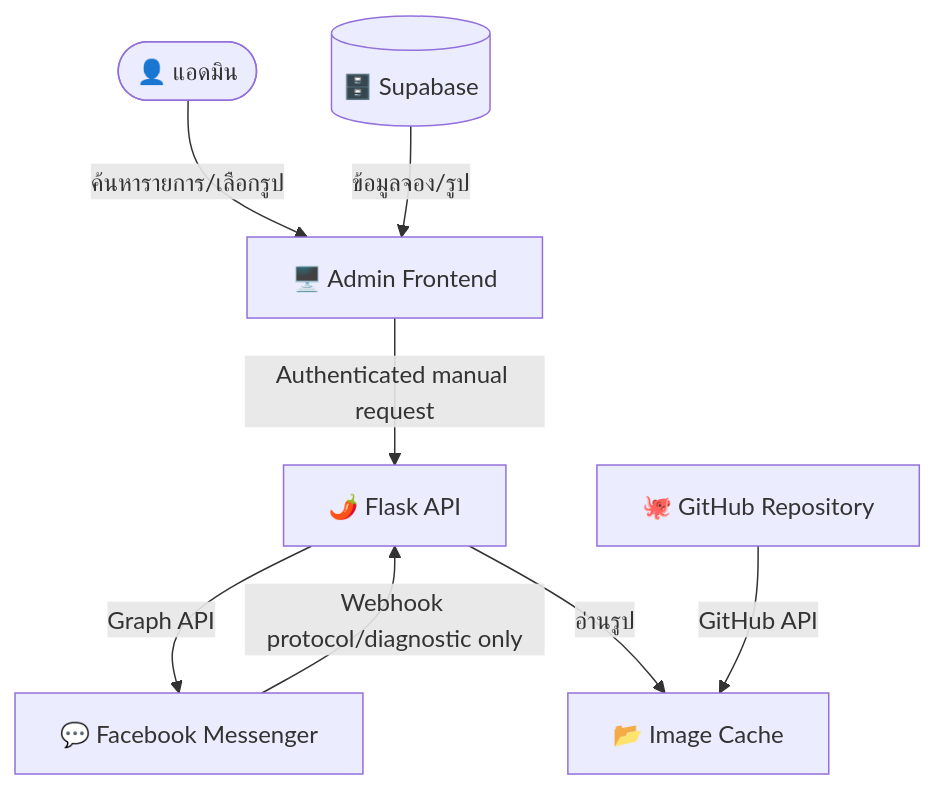
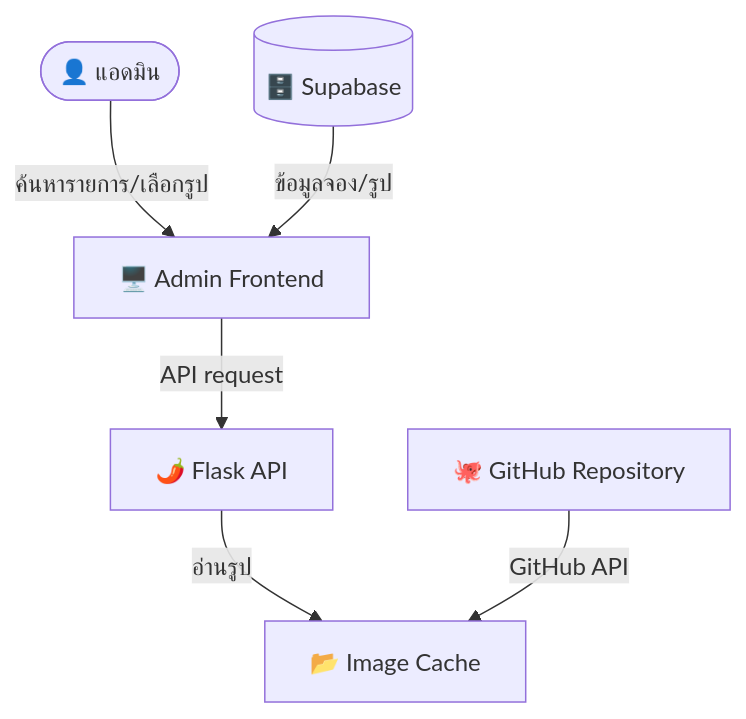
Before and after one commit to mrtharatoy/siamganesh-online-backend: the diagram in README.md, drawn with Mermaid. The commit also changed other lines of this file and 15 other files, not shown here.

Commit message:
Remove Facebook webhook integration

````diff
--- a/README.md
+++ b/README.md
@@ -29,10 +27,8 @@
 ```mermaid
 graph TD
     Admin([👤 แอดมิน]) -->|ค้นหารายการ/เลือกรูป| Frontend[🖥️ Admin Frontend]
-    Frontend -->|Authenticated manual request| Flask[🌶️ Flask API]
-    Flask -->|Graph API| FB[💬 Facebook Messenger]
+    Frontend -->|API request| Flask[🌶️ Flask API]
     Flask -->|อ่านรูป| Cache[📂 Image Cache]
     GitHub[🐙 GitHub Repository] -->|GitHub API| Cache
     Supabase[(🗄️ Supabase)] -->|ข้อมูลจอง/รูป| Frontend
-    FB -->|Webhook protocol/diagnostic only| Flask
 ```
````
